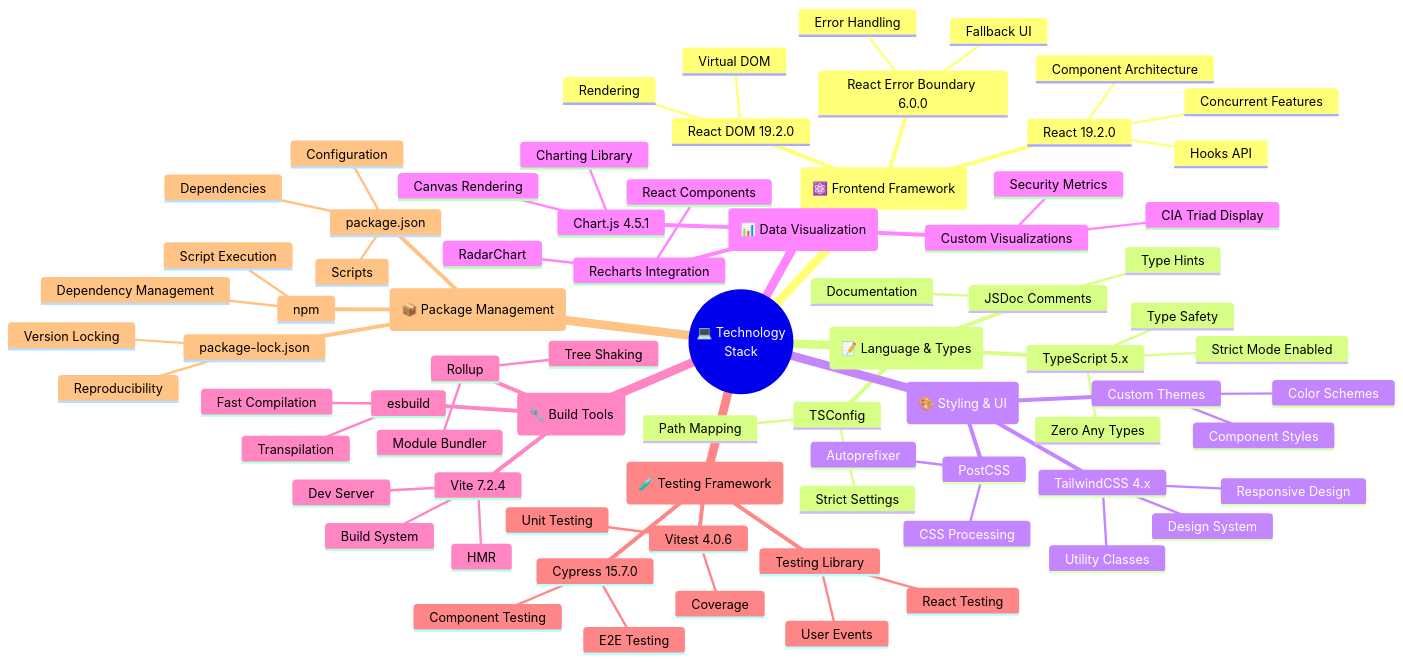
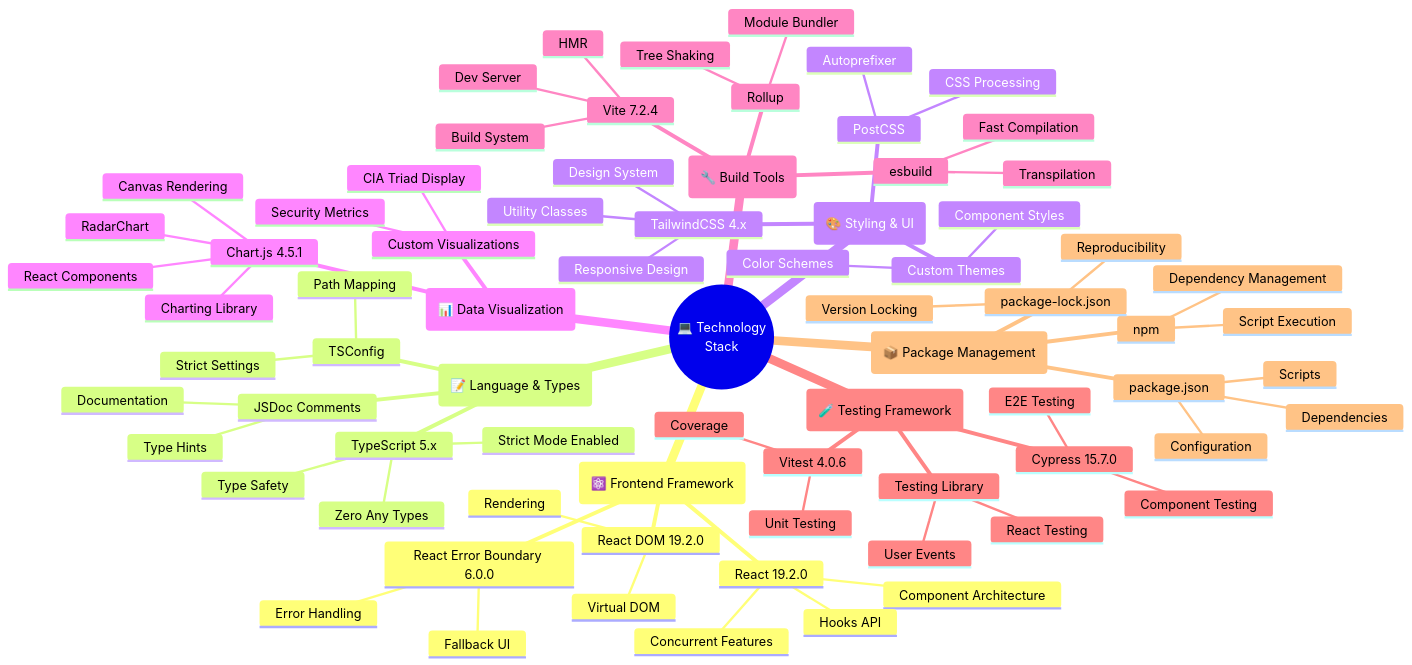
The eighth of 13 diagrams in docs/architecture/MINDMAP.md (Hack23/cia-compliance-manager), drawn with Mermaid before and after one commit. The commit also changed other lines of this file, not shown here.

Commit message:
fix: correct Chart.js references in MINDMAP.md (remove incorrect Recharts mentions)

````diff
--- a/docs/architecture/MINDMAP.md
+++ b/docs/architecture/MINDMAP.md
@@ -697,79 +697,78 @@
 ```mermaid
 mindmap
   root((💻 Technology<br/>Stack))
     (⚛️ Frontend Framework)
       React 19.2.0
         Component Architecture
         Hooks API
         Concurrent Features
       React DOM 19.2.0
         Virtual DOM
         Rendering
       React Error Boundary 6.0.0
         Error Handling
         Fallback UI
     (📝 Language & Types)
       TypeScript 5.x
         Strict Mode Enabled
         Zero Any Types
         Type Safety
       JSDoc Comments
         Documentation
         Type Hints
       TSConfig
         Strict Settings
         Path Mapping
     (🎨 Styling & UI)
       TailwindCSS 4.x
         Utility Classes
         Design System
         Responsive Design
       PostCSS
         CSS Processing
         Autoprefixer
       Custom Themes
         Color Schemes
         Component Styles
     (📊 Data Visualization)
       Chart.js 4.5.1
         Charting Library
         Canvas Rendering
-      Recharts Integration
         React Components
         RadarChart
       Custom Visualizations
         CIA Triad Display
         Security Metrics
     (🔧 Build Tools)
       Vite 7.2.4
         Dev Server
         Build System
         HMR
       Rollup
         Module Bundler
         Tree Shaking
       esbuild
         Fast Compilation
         Transpilation
     (🧪 Testing Framework)
       Vitest 4.0.6
         Unit Testing
         Coverage
       Cypress 15.7.0
         E2E Testing
         Component Testing
       Testing Library
         React Testing
         User Events
     (📦 Package Management)
       npm
         Dependency Management
         Script Execution
       package.json
         Dependencies
         Scripts
         Configuration
       package-lock.json
         Version Locking
         Reproducibility
 ```
````
